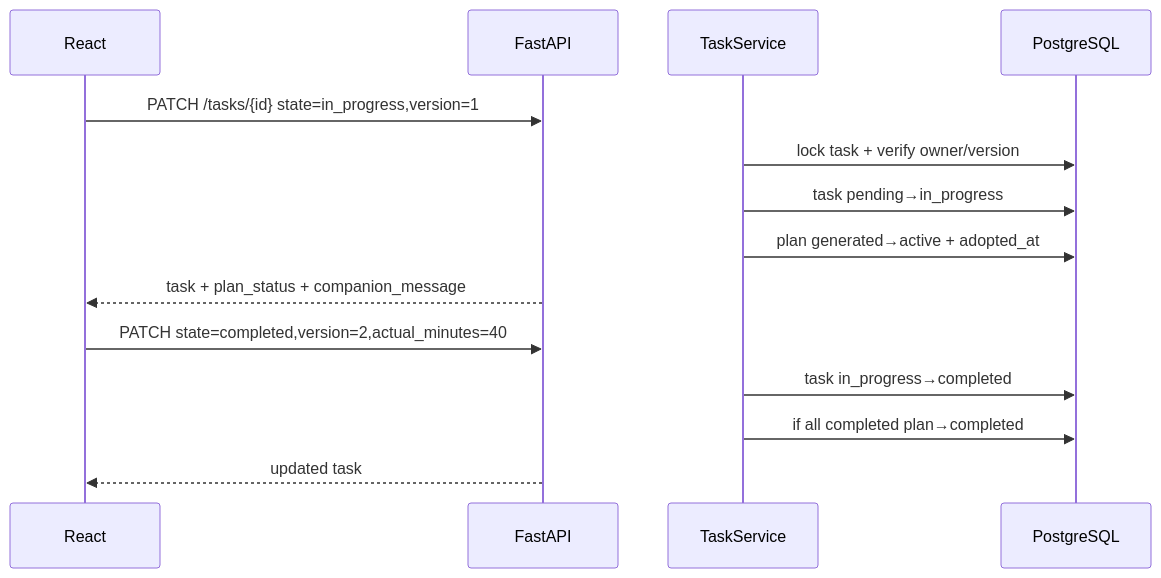
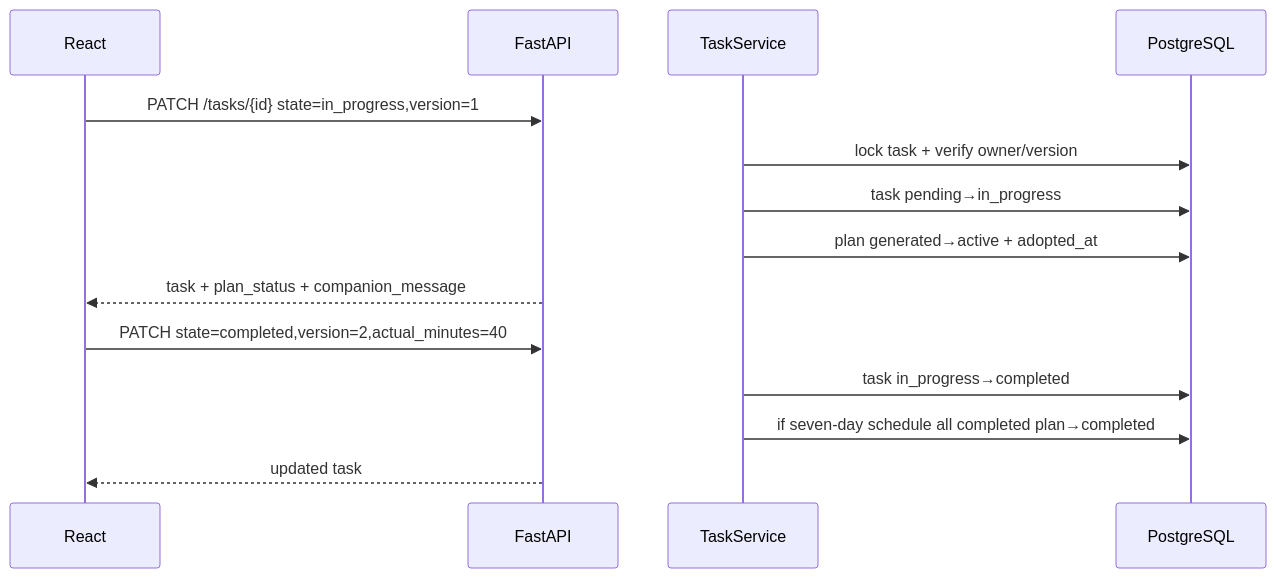
Before and after one commit to lyyjsr/career-planning-buddy: the diagram in docs/model-design/feature-flows/03-task-execution.md, drawn with Mermaid. The commit also changed other lines of this file and 38 other files, not shown here.

````diff
--- a/docs/model-design/feature-flows/03-task-execution.md
+++ b/docs/model-design/feature-flows/03-task-execution.md
@@ -3,16 +3,16 @@
 ```mermaid
 sequenceDiagram
     participant FE as React
     participant API as FastAPI
     participant SVC as TaskService
     participant DB as PostgreSQL
     FE->>API: PATCH /tasks/{id} state=in_progress,version=1
     SVC->>DB: lock task + verify owner/version
     SVC->>DB: task pending→in_progress
     SVC->>DB: plan generated→active + adopted_at
     API-->>FE: task + plan_status + companion_message
     FE->>API: PATCH state=completed,version=2,actual_minutes=40
     SVC->>DB: task in_progress→completed
-    SVC->>DB: if all completed plan→completed
+    SVC->>DB: if seven-day schedule all completed plan→completed
     API-->>FE: updated task
 ```
````
